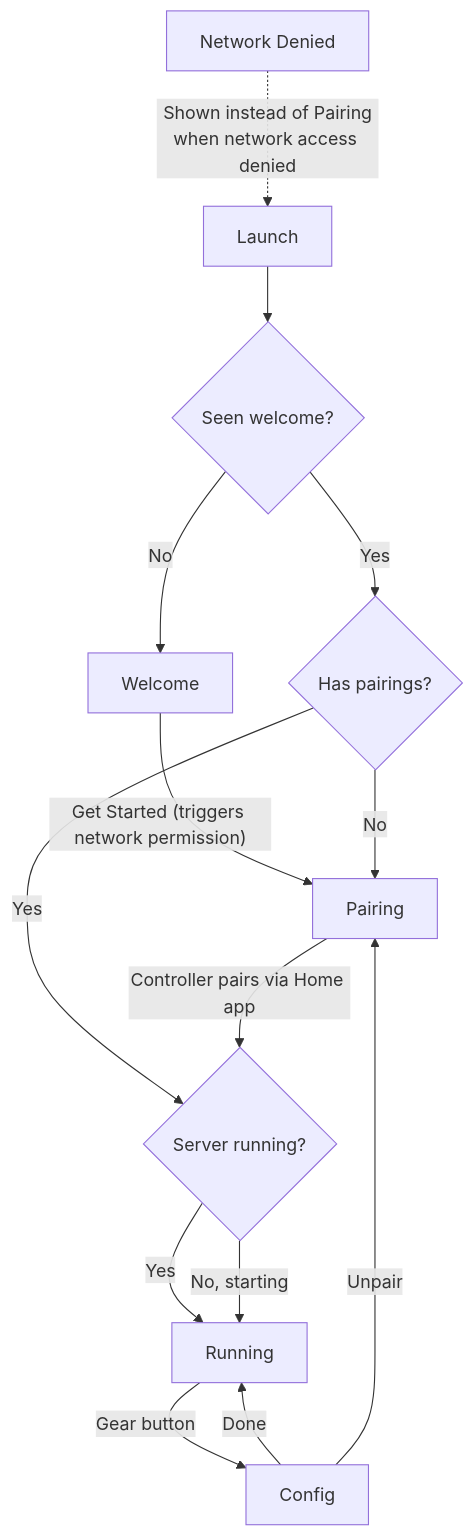
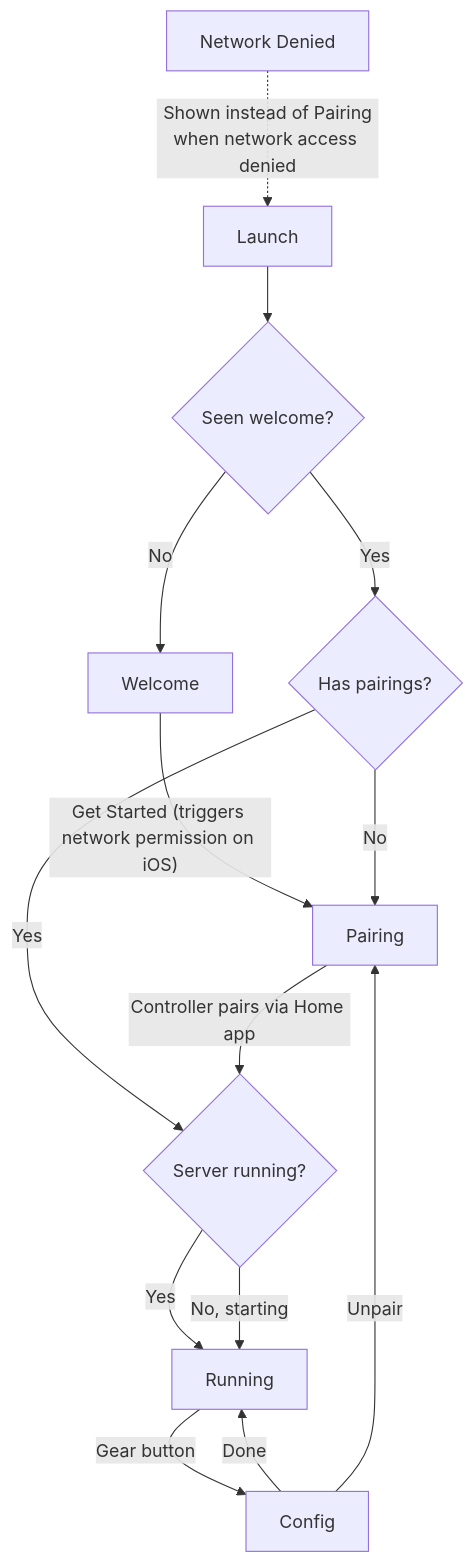
The diagram in docs/superpowers/specs/2026-03-10-ux-flow-redesign-design.md (tfausak/Pylo), drawn with Mermaid before and after one commit. The commit also changed other lines of this file, not shown here.

````diff
--- a/docs/superpowers/specs/2026-03-10-ux-flow-redesign-design.md
+++ b/docs/superpowers/specs/2026-03-10-ux-flow-redesign-design.md
@@ -9,22 +25,22 @@
 ```mermaid
 flowchart TD
     Launch --> HasSeenWelcome{Seen welcome?}
     HasSeenWelcome -->|No| Welcome
     HasSeenWelcome -->|Yes| HasPairings{Has pairings?}
 
-    Welcome -->|"Get Started (triggers network permission)"| Pairing
+    Welcome -->|"Get Started (triggers network permission on iOS)"| Pairing
 
     HasPairings -->|No| Pairing
     HasPairings -->|Yes| IsRunning{Server running?}
 
     Pairing -->|"Controller pairs via Home app"| IsRunning
 
     IsRunning -->|Yes| Running
     IsRunning -->|No, starting| Running
 
     Running -->|Gear button| Config
     Config -->|Done| Running
     Config -->|Unpair| Pairing
 
     NetworkDenied[Network Denied] -.->|"Shown instead of Pairing\nwhen network access denied"| Launch
 ```
````
